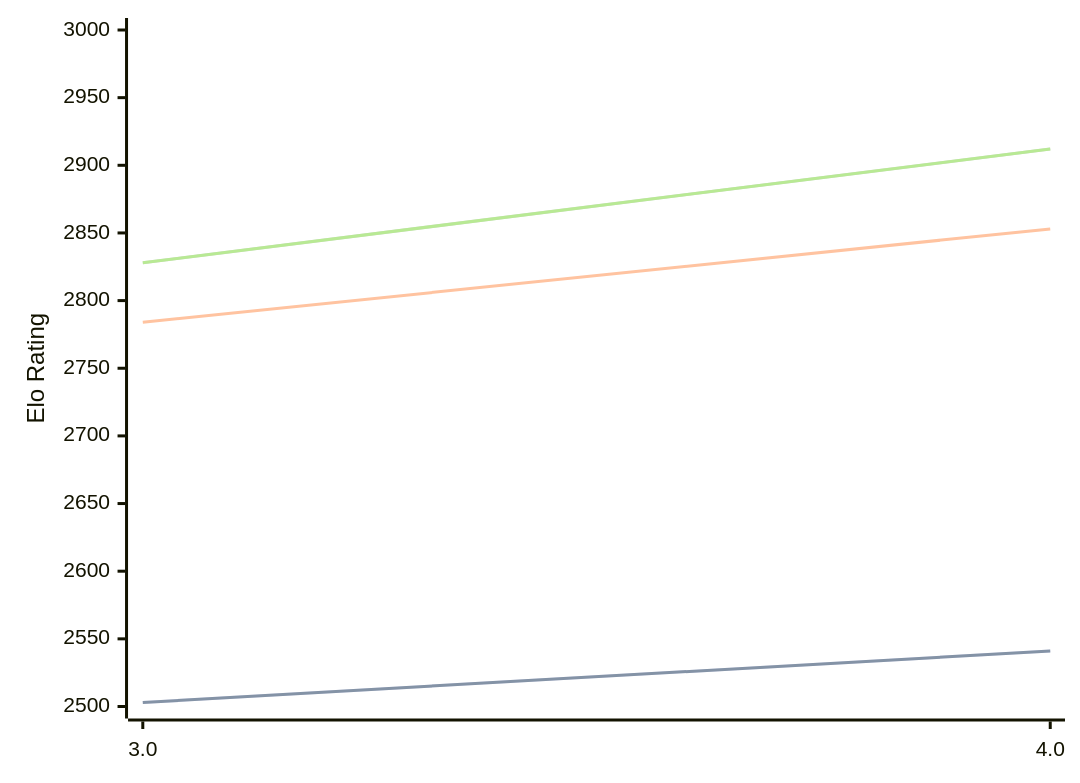
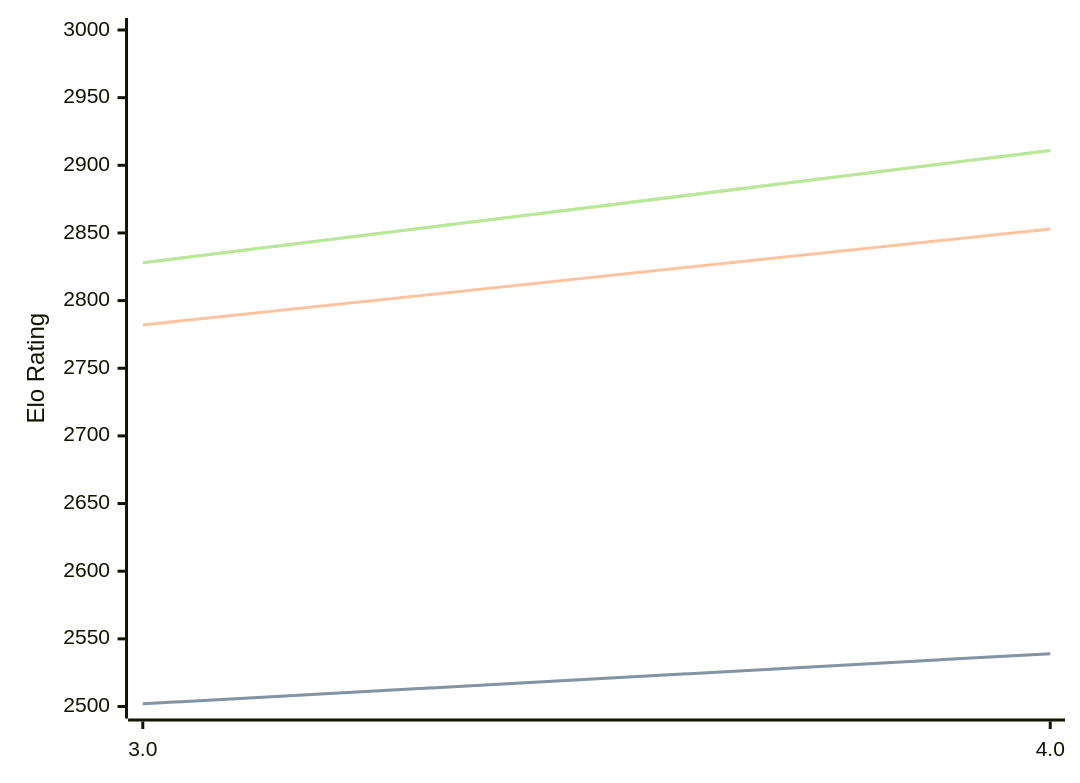
One commit to computer-chess-index/cci changed the diagram in engines/Chess3.md. Above: the diagram before and after it, drawn with Mermaid. The commit also changed other lines of this file, not shown here.

Commit message:
Update CCI Ratings (ELO VLTC) - 2026-04-07

````diff
--- a/engines/Chess3.md
+++ b/engines/Chess3.md
@@ -34,11 +34,11 @@
 ```mermaid
 %%{init: {"theme":"base","themeVariables":{"seriesColors:['#a3a3a3','#222221','#faa371']}}}%%
 xychart-beta
   x-axis ["3.0", "4.0"]
   y-axis "Elo Rating" 2500 --> 3000
-  line "STC (8.0+0.08s)" [2503, 2541]
-  line "STC (8.0+0.08s)" [2503, 2541]
-  line "LTC (60.0+0.60s)" [2784, 2853]
-  line "VLTC (2m24s+1.12s)" [2828, 2912]
-  line "VLTC (2m24s+1.12s)" [2828, 2912]
+  line "STC (8.0+0.08s)" [2502, 2539]
+  line "STC (8.0+0.08s)" [2502, 2539]
+  line "LTC (60.0+0.60s)" [2782, 2853]
+  line "VLTC (2m24s+1.12s)" [2828, 2911]
+  line "VLTC (2m24s+1.12s)" [2828, 2911]
 ```
````
